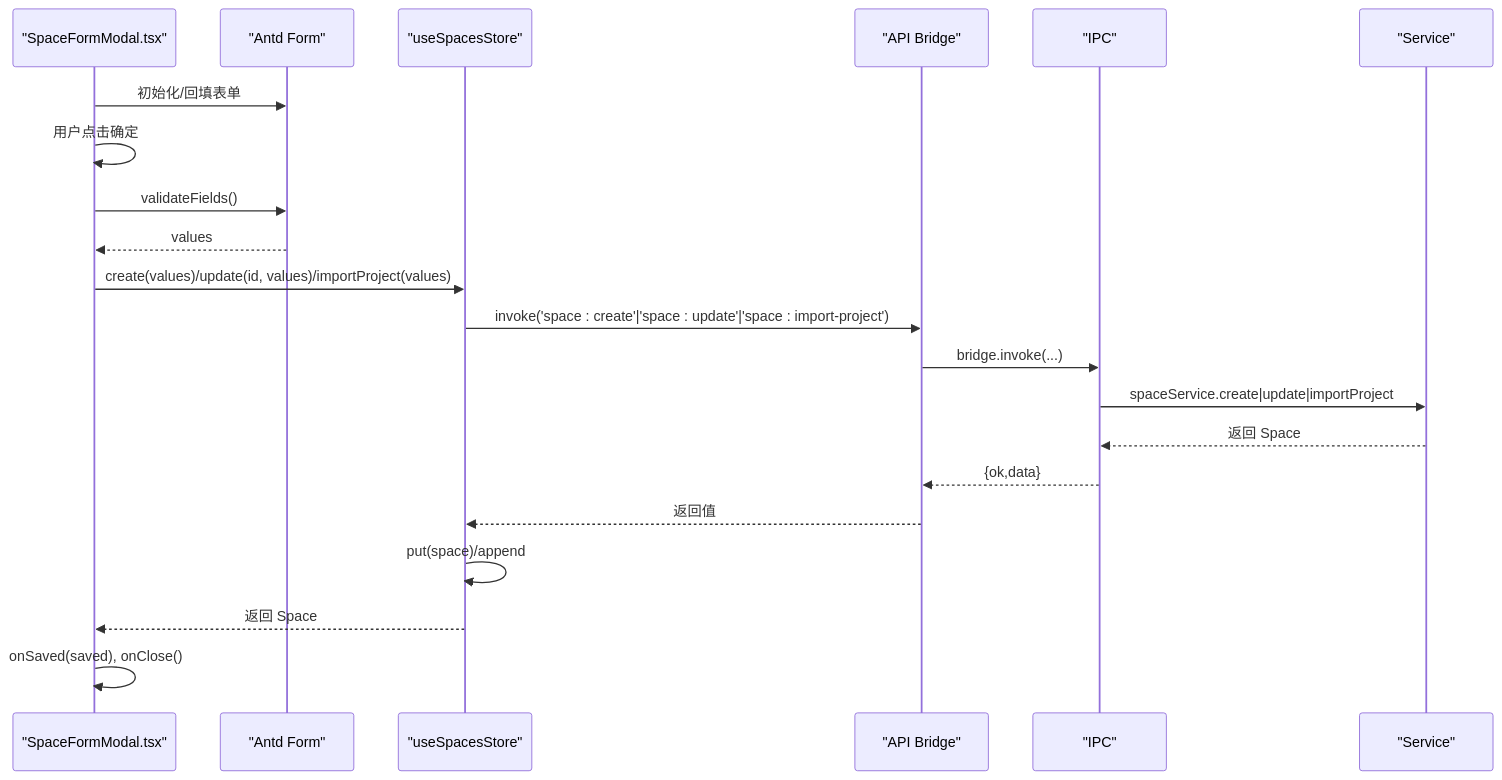
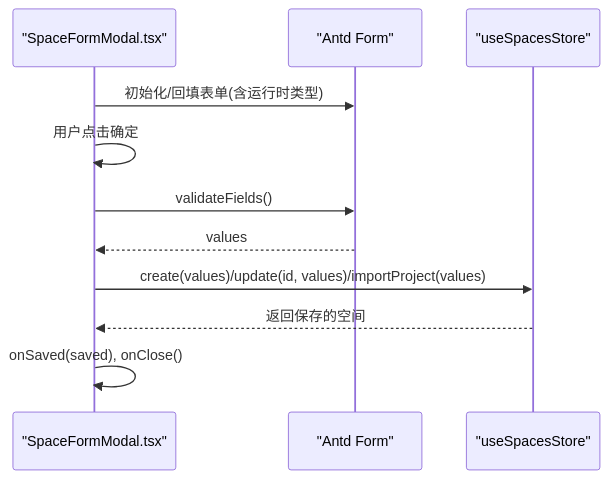
The fifth of 8 diagrams in .qoder/repowiki/zh/content/前端应用架构/页面组件/空间管理页面.md (hozeeee/script-box), drawn with Mermaid before and after one commit. The commit also changed other lines of this file and 6 other files, not shown here.

````diff
--- a/.qoder/repowiki/zh/content/前端应用架构/页面组件/空间管理页面.md
+++ b/.qoder/repowiki/zh/content/前端应用架构/页面组件/空间管理页面.md
@@ -240,23 +216,13 @@
 ```mermaid
 sequenceDiagram
 participant M as "SpaceFormModal.tsx"
 participant F as "Antd Form"
 participant S as "useSpacesStore"
-participant A as "API Bridge"
-participant I as "IPC"
-participant V as "Service"
-M->>F : 初始化/回填表单
+M->>F : 初始化/回填表单(含运行时类型)
 M->>M : 用户点击确定
 M->>F : validateFields()
 F-->>M : values
 M->>S : create(values)/update(id, values)/importProject(values)
-S->>A : invoke('space : create'|'space : update'|'space : import-project')
-A->>I : bridge.invoke(...)
-I->>V : spaceService.create|update|importProject
-V-->>I : 返回 Space
-I-->>A : {ok,data}
-A-->>S : 返回值
-S->>S : put(space)/append
-S-->>M : 返回 Space
+S-->>M : 返回保存的空间
 M->>M : onSaved(saved), onClose()
 ```
````
